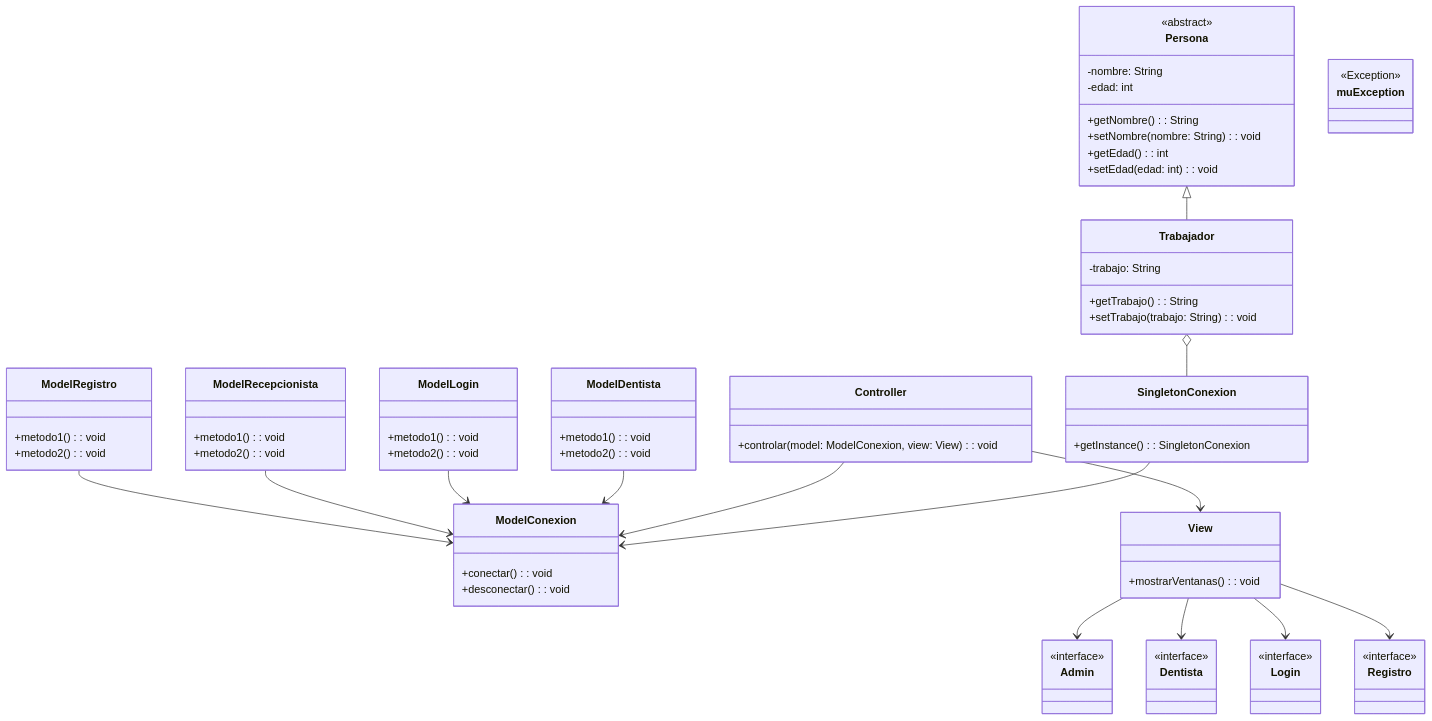
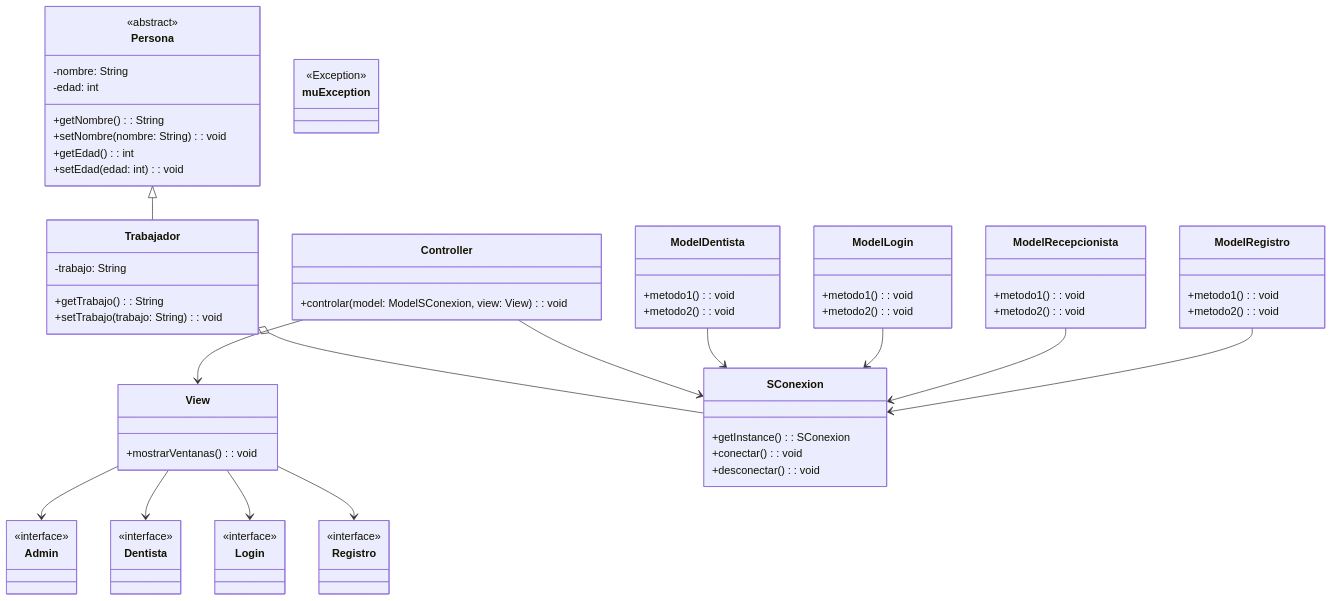
The first of 2 diagrams in ClinicaAvendanhoDuran/Readme.md (marcosfa00/MVC_Clinica_Dental), drawn with Mermaid before and after one commit. The commit also changed other lines of this file and 7 other files, not shown here.

````diff
--- a/ClinicaAvendanhoDuran/Readme.md
+++ b/ClinicaAvendanhoDuran/Readme.md
@@ -16,77 +16,77 @@
 ```mermaid
 classDiagram
-    class SingletonConexion {
-        +getInstance(): SingletonConexion
-    }
     class Persona {
         <<abstract>>
         -nombre: String
         -edad: int
         +getNombre(): String
         +setNombre(nombre: String): void
         +getEdad(): int
         +setEdad(edad: int): void
     }
     class Trabajador {
         -trabajo: String
         +getTrabajo(): String
         +setTrabajo(trabajo: String): void
     }
     class Controller {
-        +controlar(model: ModelConexion, view: View): void
+        +controlar(model: ModelSConexion, view: View): void
     }
     class muException {
         <<Exception>>
-    }
-    class ModelConexion {
-        +conectar(): void
-        +desconectar(): void
     }
     class ModelDentista {
         +metodo1(): void
         +metodo2(): void
     }
     class ModelLogin {
         +metodo1(): void
         +metodo2(): void
     }
     class ModelRecepcionista {
         +metodo1(): void
         +metodo2(): void
     }
     class ModelRegistro {
         +metodo1(): void
         +metodo2(): void
     }
     class View {
         +mostrarVentanas(): void
     }
     class Admin {
         <<interface>>
     }
     class Dentista {
         <<interface>>
     }
     class Login {
         <<interface>>
     }
     class Registro {
         <<interface>>
     }
+    class SConexion {
+        +getInstance(): SConexion
+        +conectar(): void
+        +desconectar(): void
+    }
 
-    SingletonConexion --> ModelConexion
     Persona <|-- Trabajador
-    Trabajador o-- SingletonConexion
-    Controller --> ModelConexion
+    Trabajador o-- SConexion
+    Controller --> SConexion
     Controller --> View
-    ModelDentista --> ModelConexion
-    ModelLogin --> ModelConexion
-    ModelRecepcionista --> ModelConexion
-    ModelRegistro --> ModelConexion
+    ModelDentista --> SConexion
+    ModelLogin --> SConexion
+    ModelRecepcionista --> SConexion
+    ModelRegistro --> SConexion
     View --> Admin
     View --> Dentista
     View --> Login
     View --> Registro
 
 
+
+
+
 ```
````
